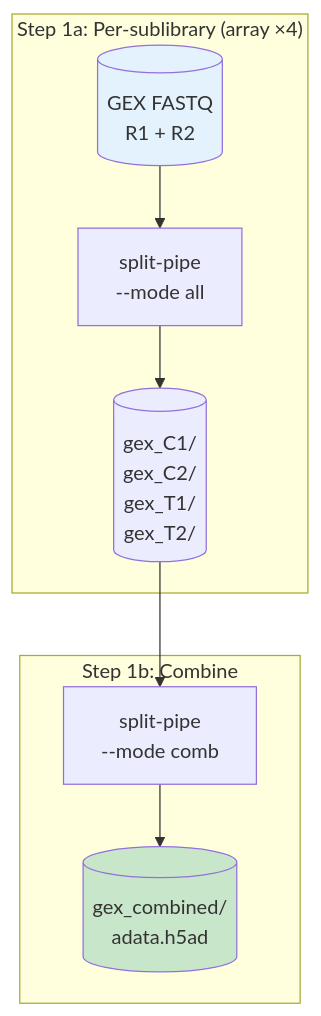
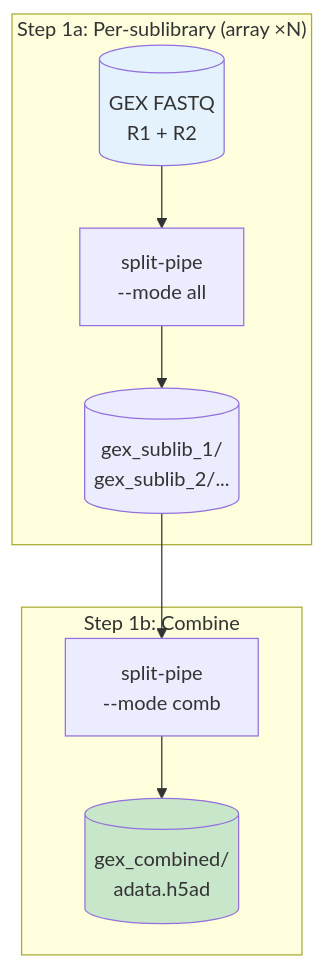
The fourth of 10 diagrams in pipeline_overview.md (jhjiang2020/CSM_ccperturbseq), drawn with Mermaid before and after one commit. The commit also changed other lines of this file and 19 other files, not shown here.

````diff
--- a/pipeline_overview.md
+++ b/pipeline_overview.md
@@ -311,15 +340,15 @@
 ```mermaid
 flowchart TD
-    subgraph Step1a["Step 1a: Per-sublibrary (array ×4)"]
+    subgraph Step1a["Step 1a: Per-sublibrary (array ×N)"]
         FQ[("GEX FASTQ<br>R1 + R2")] --> SP["split-pipe<br>--mode all"]
-        SP --> GEX[("gex_C1/<br>gex_C2/<br>gex_T1/<br>gex_T2/")]
+        SP --> GEX[("gex_sublib_1/<br>gex_sublib_2/...")]
     end
 
     subgraph Step1b["Step 1b: Combine"]
         GEX --> COMB["split-pipe<br>--mode comb"]
         COMB --> OUT[("gex_combined/<br>adata.h5ad")]
     end
 
     style FQ fill:#e3f2fd
     style OUT fill:#c8e6c9
 ```
````
